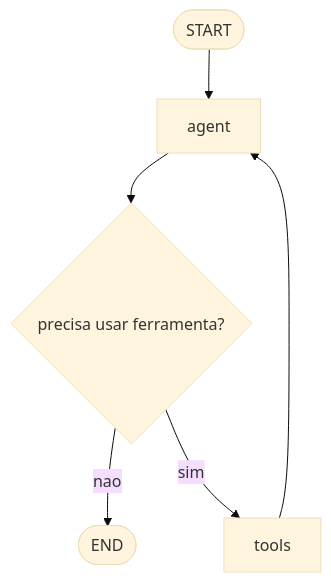
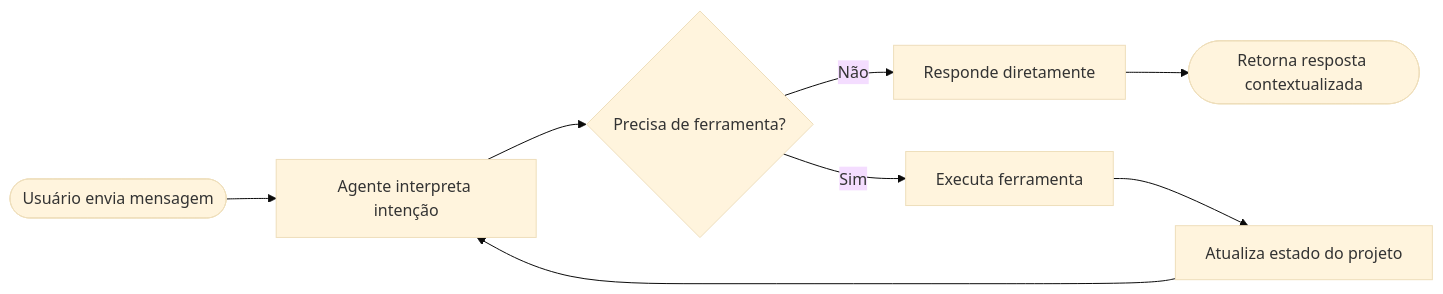
The diagram in README.md (Pedrosasouza/AcademicFlow-Agent), drawn with Mermaid (base theme) before and after one commit. The commit also changed other lines of this file, not shown here.

````diff
--- a/README.md
+++ b/README.md
@@ -45,8 +34,10 @@
-```mermaid  
-flowchart TD
-    START([START]) --> Agent[agent]
-    Agent --> Decision{precisa usar ferramenta?}
-    Decision -->|nao| END([END])
-    Decision -->|sim| Tools[tools]
-    Tools --> Agent
+```mermaid
+flowchart LR
+    A([Usuário envia mensagem]) --> B[Agente interpreta intenção]
+    B --> C{Precisa de ferramenta?}
+    C -->|Não| D[Responde diretamente]
+    C -->|Sim| E[Executa ferramenta]
+    E --> F[Atualiza estado do projeto]
+    F --> B
+    D --> G([Retorna resposta contextualizada])
 ```
````
